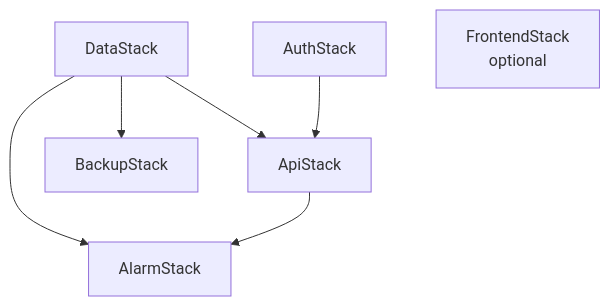
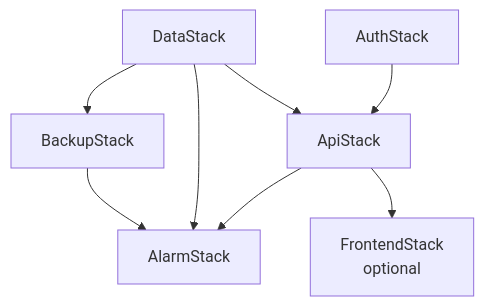
Before and after one commit to amgad01/awdah: the diagram in docs/architecture/diagrams/05-stack-dependencies.md, drawn with Mermaid. The commit also changed other lines of this file and 202 other files, not shown here.

````diff
--- a/docs/architecture/diagrams/05-stack-dependencies.md
+++ b/docs/architecture/diagrams/05-stack-dependencies.md
@@ -20,15 +22,17 @@
 ```mermaid
 flowchart TD
     DATA[DataStack]
     AUTH[AuthStack]
     API[ApiStack]
     BACKUP[BackupStack]
     ALARM[AlarmStack]
     FE[FrontendStack<br/>optional]
 
     DATA --> API
     AUTH --> API
     DATA --> BACKUP
+    BACKUP --> ALARM
     DATA --> ALARM
     API --> ALARM
+    API --> FE
 ```
````
